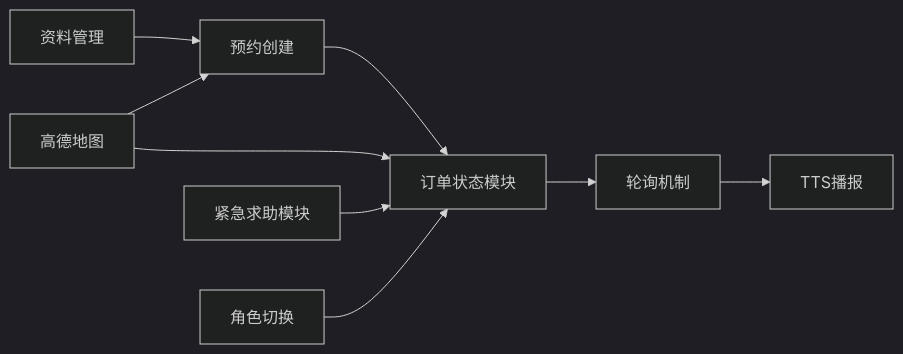
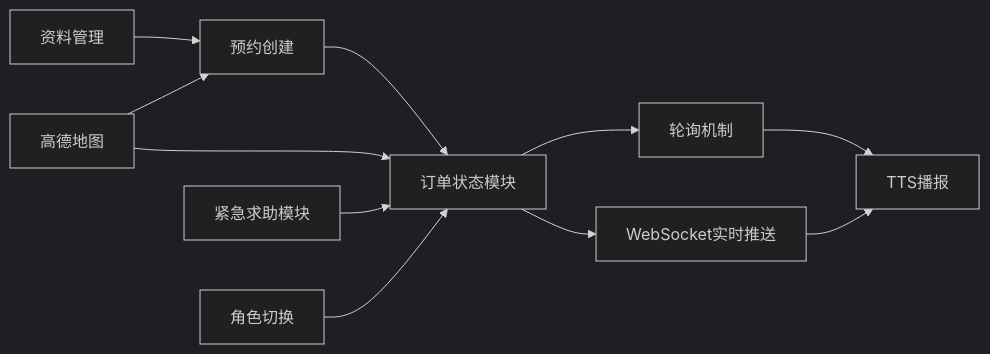
One commit to Jayden23018/blind-run-ios changed the ninth of 9 diagrams in .qoder/repowiki/zh/content/核心功能模块/盲人跑者功能/盲人跑者功能.md. Above: the diagram before and after it, drawn with Mermaid (dark theme). The commit also changed other lines of this file and 29 other files, not shown here.

Commit message:
Update test accounts and cloud E2E flow

````diff
--- a/.qoder/repowiki/zh/content/核心功能模块/盲人跑者功能/盲人跑者功能.md
+++ b/.qoder/repowiki/zh/content/核心功能模块/盲人跑者功能/盲人跑者功能.md
@@ -346,11 +404,13 @@
 ```mermaid
 graph LR
 PROFILE["资料管理"] --> BOOK["预约创建"]
 BOOK --> ORDER["订单状态模块"]
+ORDER --> WS["WebSocket实时推送"]
 ORDER --> POLL["轮询机制"]
 POLL --> TTS["TTS播报"]
+WS --> TTS
 MAP["高德地图"] --> BOOK
 MAP --> ORDER
 SAFETY["紧急求助模块"] --> ORDER
 ROLE["角色切换"] --> ORDER
 ```
````
